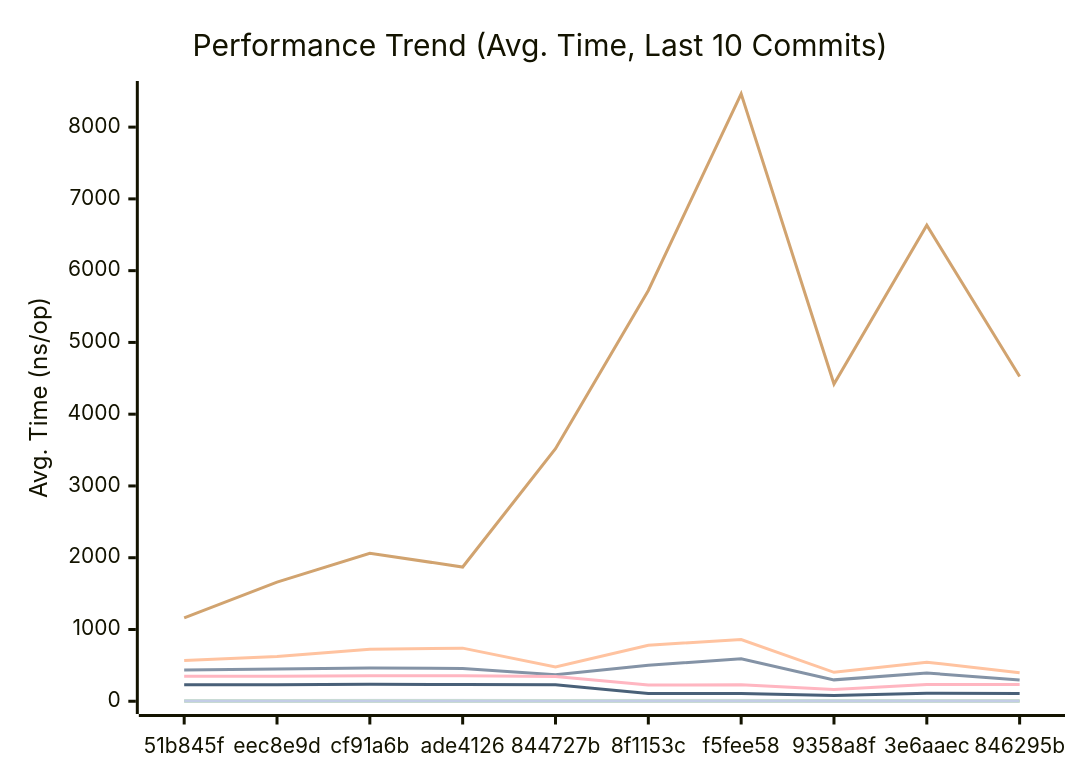
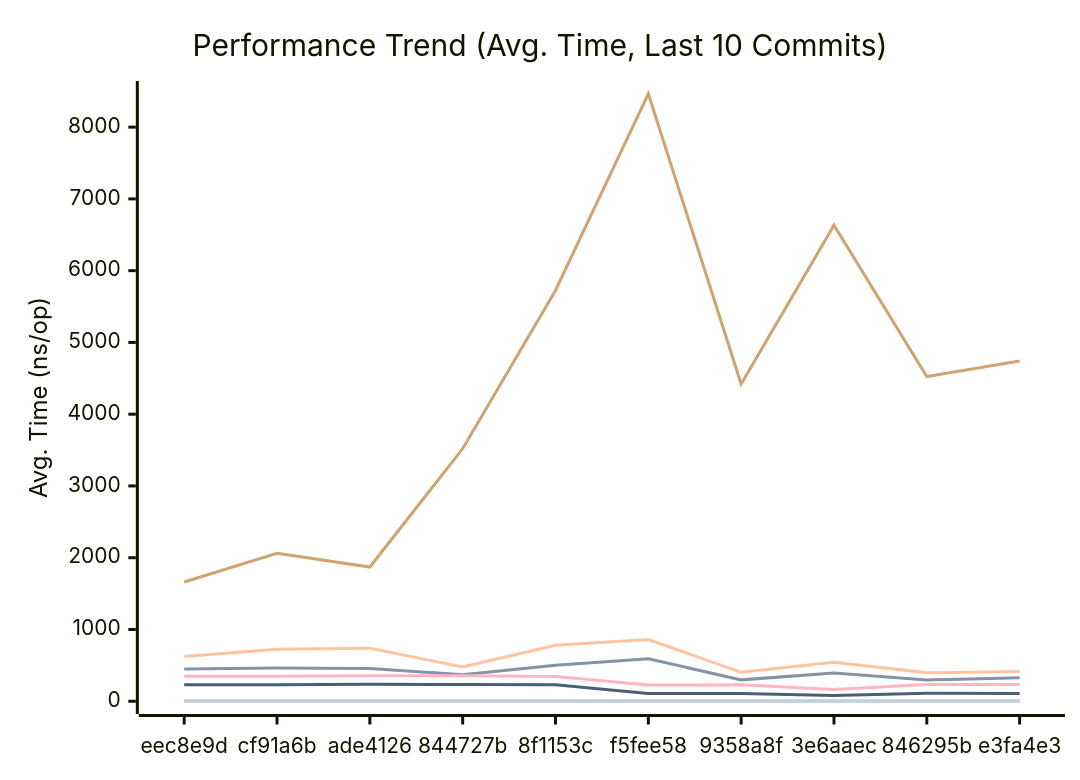
Before and after one commit to alsotoes/momo: the first of 3 diagrams in docs/PERFORMANCE.md, drawn with Mermaid. The commit also changed other lines of this file and 2 other files, not shown here.

````diff
--- a/docs/PERFORMANCE.md
+++ b/docs/PERFORMANCE.md
@@ -80,16 +80,16 @@
 ```mermaid
 xychart-beta
     title "Performance Trend (Avg. Time, Last 10 Commits)"
     x-axis "Commit"
     y-axis "Avg. Time (ns/op)"
-    x-axis [51b845f,eec8e9d,cf91a6b,ade4126,844727b,8f1153c,f5fee58,9358a8f,3e6aaec,846295b]
-    line "CheckMetricsAndSwap" [11,11,15,13,10,15,14,8,11,8]
-    line "CrushOptimized" [437,449,463,458,370,501,592,298,393,297]
-    line "CrushOriginal" [568,624,726,740,478,781,860,403,545,396]
-    line "IndexDirectTracking" [0,0,1,1,0,1,1,0,0,0]
-    line "IndexSearch" [2,2,2,2,2,3,3,2,2,2]
-    line "LoadGlobalConfig" [1163,1661,2063,1870,3519,5724,8465,4420,6633,4524]
-    line "PadString" [2,3,3,3,2,3,3,2,3,2]
+    x-axis [eec8e9d,cf91a6b,ade4126,844727b,8f1153c,f5fee58,9358a8f,3e6aaec,846295b,e3fa4e3]
+    line "CheckMetricsAndSwap" [11,15,13,10,15,14,8,11,8,8]
+    line "CrushOptimized" [449,463,458,370,501,592,298,393,297,329]
+    line "CrushOriginal" [624,726,740,478,781,860,403,545,396,415]
+    line "IndexDirectTracking" [0,1,1,0,1,1,0,0,0,0]
+    line "IndexSearch" [2,2,2,2,3,3,2,2,2,2]
+    line "LoadGlobalConfig" [1661,2063,1870,3519,5724,8465,4420,6633,4524,4742]
+    line "PadString" [3,3,3,2,3,3,2,3,2,2]
     line "ParseReplicationOrder_NoPrealloc" [350,349,357,354,345,225,229,165,232,234]
     line "ParseReplicationOrder_Prealloc" [229,231,237,234,229,108,107,80,110,109]
 ```
````
